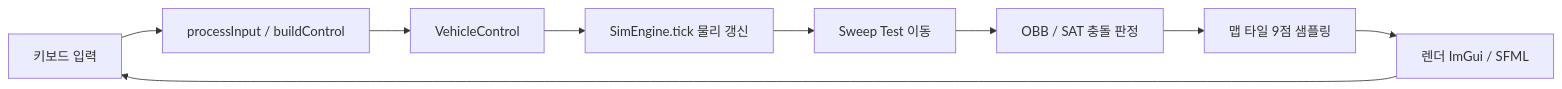
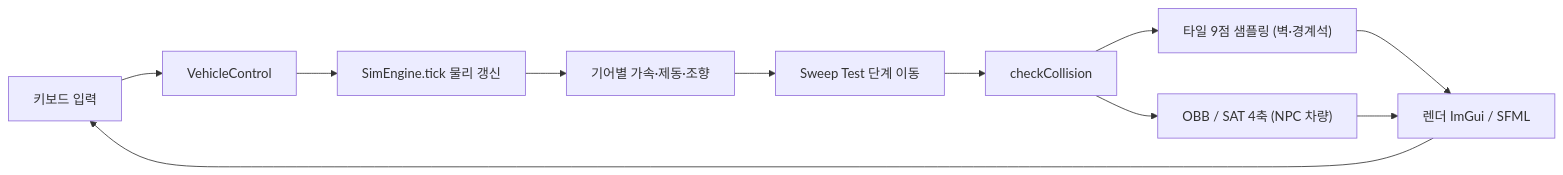
Before and after one commit to jaeni01/best-driver-simulator: the diagram in README.md, drawn with Mermaid. The commit also changed other lines of this file, not shown here.

````diff
--- a/README.md
+++ b/README.md
@@ -34,11 +41,13 @@
 ```mermaid
 flowchart LR
-  A["키보드 입력"] --> B["processInput / buildControl"]
-  B --> C["VehicleControl"]
-  C --> D["SimEngine.tick 물리 갱신"]
-  D --> E["Sweep Test 이동"]
-  E --> F["OBB / SAT 충돌 판정"]
-  F --> G["맵 타일 9점 샘플링"]
-  G --> H["렌더 ImGui / SFML"]
-  H --> A
+  A["키보드 입력"] --> B["VehicleControl"]
+  B --> C["SimEngine.tick 물리 갱신"]
+  C --> D["기어별 가속·제동·조향"]
+  D --> E["Sweep Test 단계 이동"]
+  E --> F["checkCollision"]
+  F --> G["타일 9점 샘플링 (벽·경계석)"]
+  F --> H["OBB / SAT 4축 (NPC 차량)"]
+  G --> I["렌더 ImGui / SFML"]
+  H --> I
+  I --> A
 ```
````
